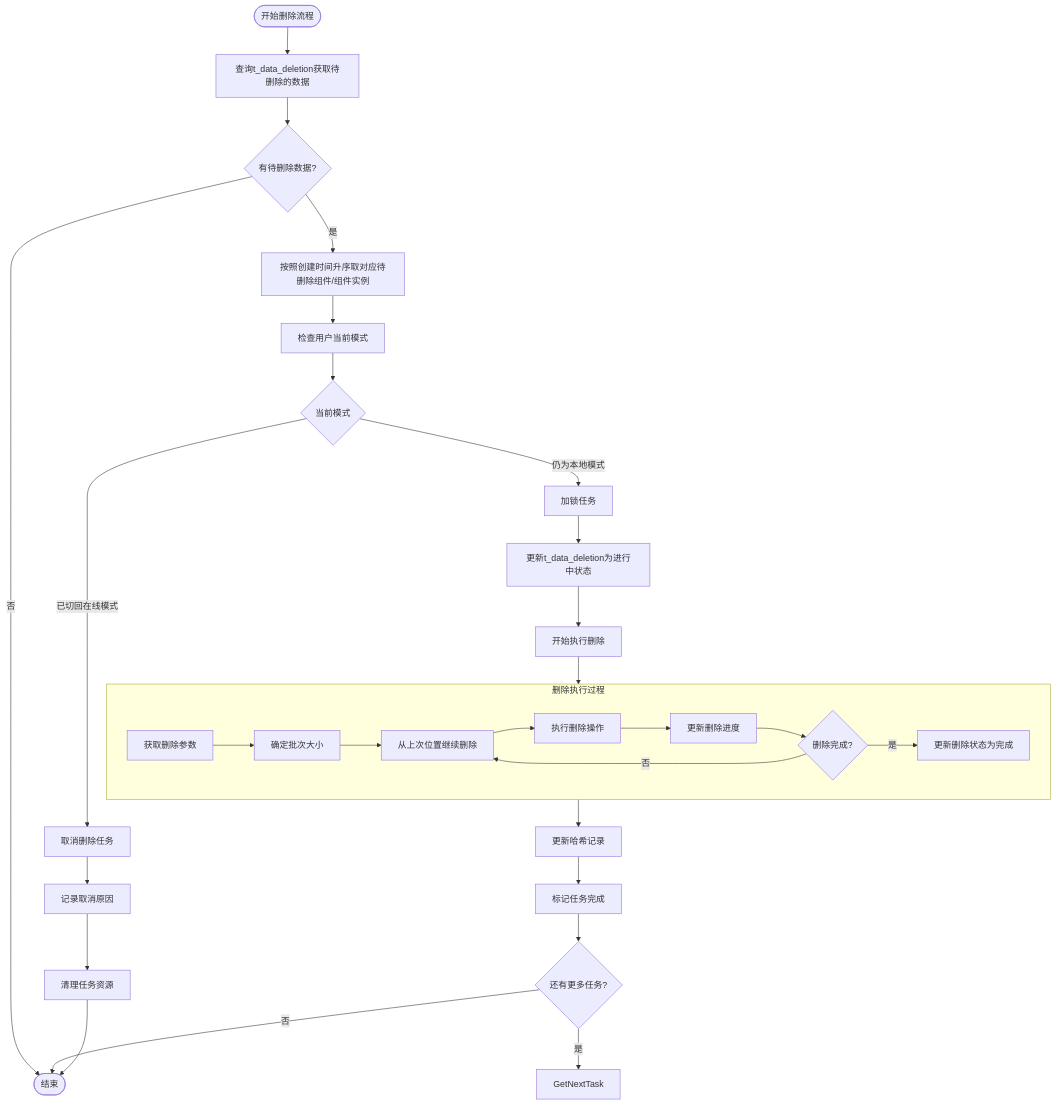
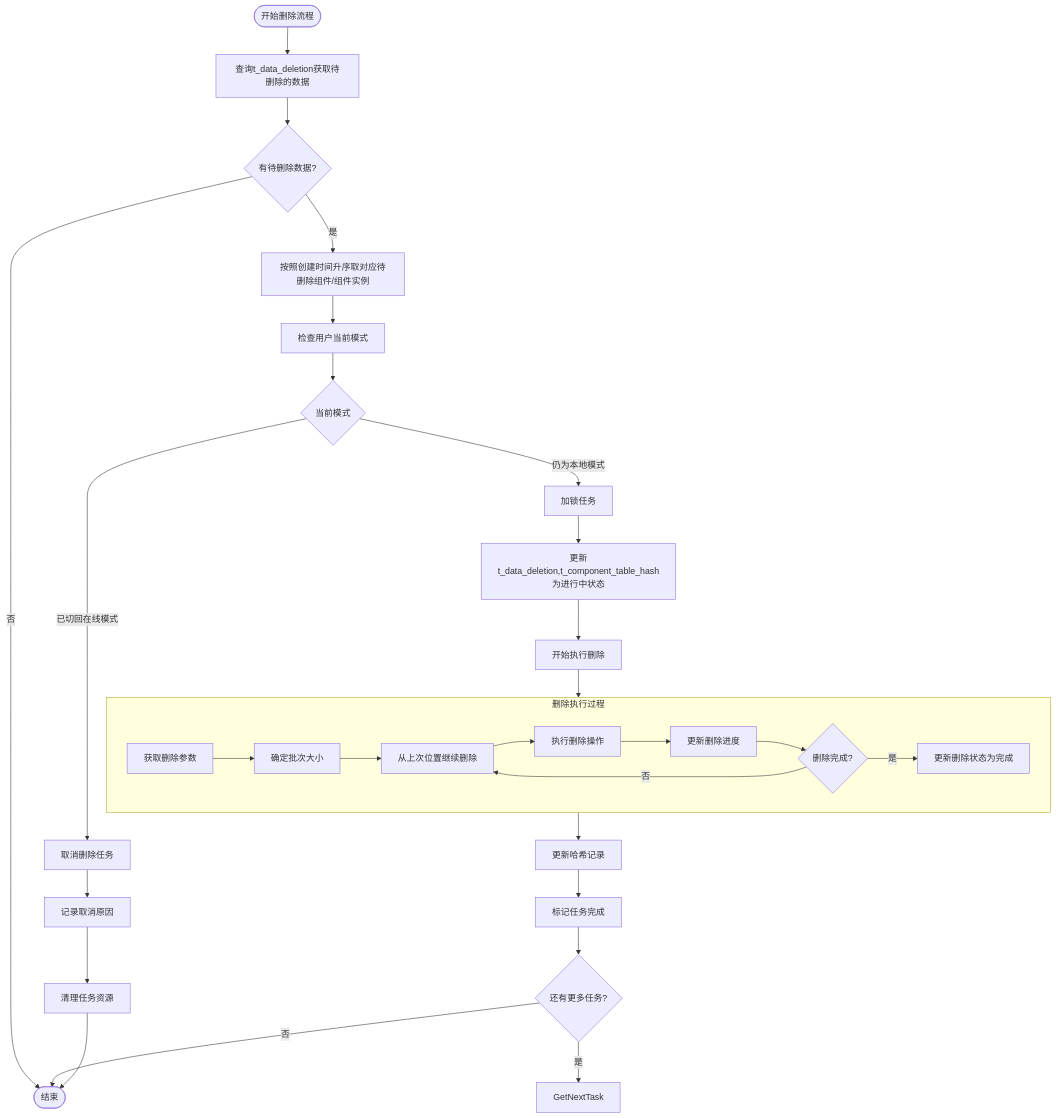
Before and after one commit to yingjianzh/iodraw-files: the diagram in all/未命名-51.md, drawn with Mermaid.

Commit message:
2025-05-08 15:27:11 update

````diff
--- a/all/未命名-51.md
+++ b/all/未命名-51.md
@@ -1,41 +1,41 @@
 ```mermaid
 flowchart TD
     Start([开始删除流程]) --> FetchTasks[查询t_data_deletion获取待删除的数据]
     FetchTasks --> HasTasks{有待删除数据?}
     
     HasTasks -->|否| End([结束])
     HasTasks -->|是| PrioritizeTasks[按照创建时间升序取对应待删除组件/组件实例]
     
     PrioritizeTasks --> CheckUserMode[检查用户当前模式]
     
     CheckUserMode --> CurrentMode{当前模式}
     CurrentMode -->|已切回在线模式| TaskCancel[取消删除任务]
     CurrentMode -->|仍为本地模式| LockTask[加锁任务]
     
-    LockTask --> UpdateStatus[更新t_data_deletion为进行中状态]
+    LockTask --> UpdateStatus[更新t_data_deletion,t_component_table_hash为进行中状态]
     UpdateStatus --> BeginDeletion[开始执行删除]
     
     subgraph DeletionProcess [删除执行过程]
         A[获取删除参数] --> B[确定批次大小]
         B --> C[从上次位置继续删除]
         C --> D[执行删除操作]
         D --> E[更新删除进度]
         E --> F{删除完成?}
         F -->|否| C
         F -->|是| G[更新删除状态为完成]
     end
     
     BeginDeletion --> DeletionProcess
     
     DeletionProcess --> UpdateHashRecord[更新哈希记录]
     UpdateHashRecord --> MarkCompleted[标记任务完成]
     
     TaskCancel --> LogCancellation[记录取消原因]
     LogCancellation --> CleanupTask[清理任务资源]
     
     MarkCompleted --> CheckMoreTasks{还有更多任务?}
     CheckMoreTasks -->|是| GetNextTask
     CheckMoreTasks -->|否| End
     
     CleanupTask --> End
 ```
````
